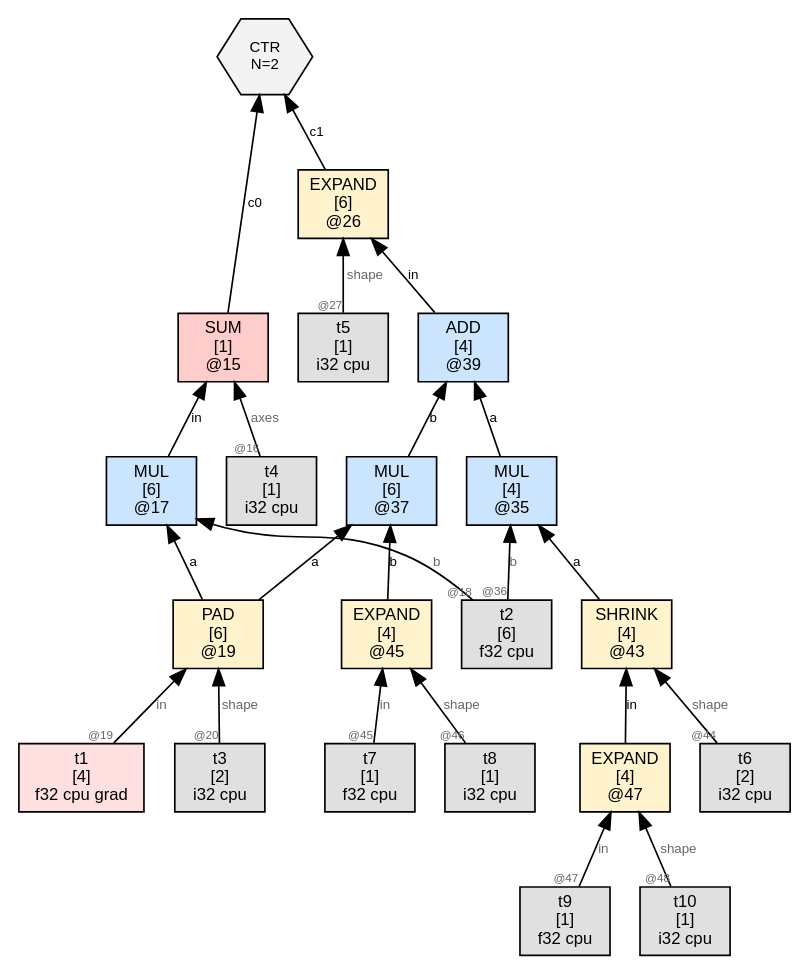
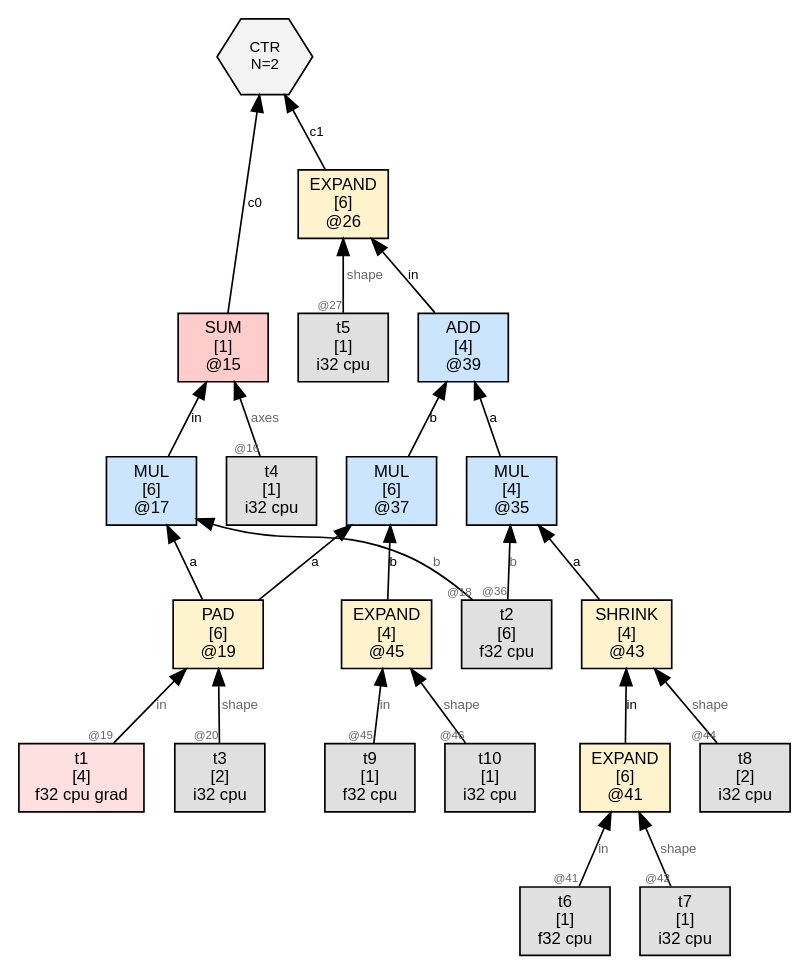
The diagram in wl/examples/thvm_graphs/grad_rules/gradu_conv_like/thvm_1_post_reduce.dot (sw1sh/TinyHVM), drawn with Graphviz before and after one commit. The commit also changed 7 other files, not shown here.

```diff
--- a/wl/examples/thvm_graphs/grad_rules/gradu_conv_like/thvm_1_post_reduce.dot
+++ b/wl/examples/thvm_graphs/grad_rules/gradu_conv_like/thvm_1_post_reduce.dot
@@ -1,49 +1,49 @@
 digraph G {
   rankdir=BT;
   node [fontname="Helvetica", fontsize=10, style=filled, shape=box, margin="0.1,0.05"];
   edge [fontsize=8, fontname="Helvetica"];
 
   n15 [label="SUM\n[1]\n@15", shape=box, fillcolor="#ffcccc"];
   n17 -> n15 [label="in"];
   t4 [label="t4\n[1]\ni32 cpu",shape=box,fillcolor="#e0e0e0"];
   t4 -> n15 [label="axes",taillabel="@16",labelfontsize=7,fontcolor="#666666"];
   n26 [label="EXPAND\n[6]\n@26", shape=box, fillcolor="#fff3cd"];
   n39 -> n26 [label="in"];
   t5 [label="t5\n[1]\ni32 cpu",shape=box,fillcolor="#e0e0e0"];
   t5 -> n26 [label="shape",taillabel="@27",labelfontsize=7,fontcolor="#666666"];
   n17 [label="MUL\n[6]\n@17", shape=box, fillcolor="#cce5ff"];
   n19 -> n17 [label="a"];
   t2 [label="t2\n[6]\nf32 cpu",shape=box,fillcolor="#e0e0e0"];
   t2 -> n17 [label="b",taillabel="@18",labelfontsize=7,fontcolor="#666666"];
   n19 [label="PAD\n[6]\n@19", shape=box, fillcolor="#fff3cd"];
   t1 [label="t1\n[4]\nf32 cpu grad",shape=box,fillcolor="#ffe0e0"];
   t1 -> n19 [label="in",taillabel="@19",labelfontsize=7,fontcolor="#666666"];
   t3 [label="t3\n[2]\ni32 cpu",shape=box,fillcolor="#e0e0e0"];
   t3 -> n19 [label="shape",taillabel="@20",labelfontsize=7,fontcolor="#666666"];
   ctr12 [label="CTR\nN=2", shape=hexagon, fillcolor="#f3f3f3", fontsize=9];
   n15 -> ctr12 [label="c0"];
   n26 -> ctr12 [label="c1"];
   n39 [label="ADD\n[4]\n@39", shape=box, fillcolor="#cce5ff"];
   n35 -> n39 [label="a"];
   n37 -> n39 [label="b"];
   n43 [label="SHRINK\n[4]\n@43", shape=box, fillcolor="#fff3cd"];
-  n47 -> n43 [label="in"];
-  t6 [label="t6\n[2]\ni32 cpu",shape=box,fillcolor="#e0e0e0"];
-  t6 -> n43 [label="shape",taillabel="@44",labelfontsize=7,fontcolor="#666666"];
+  n41 -> n43 [label="in"];
+  t8 [label="t8\n[2]\ni32 cpu",shape=box,fillcolor="#e0e0e0"];
+  t8 -> n43 [label="shape",taillabel="@44",labelfontsize=7,fontcolor="#666666"];
   n45 [label="EXPAND\n[4]\n@45", shape=box, fillcolor="#fff3cd"];
-  t7 [label="t7\n[1]\nf32 cpu",shape=box,fillcolor="#e0e0e0"];
-  t7 -> n45 [label="in",taillabel="@45",labelfontsize=7,fontcolor="#666666"];
-  t8 [label="t8\n[1]\ni32 cpu",shape=box,fillcolor="#e0e0e0"];
-  t8 -> n45 [label="shape",taillabel="@46",labelfontsize=7,fontcolor="#666666"];
+  t9 [label="t9\n[1]\nf32 cpu",shape=box,fillcolor="#e0e0e0"];
+  t9 -> n45 [label="in",taillabel="@45",labelfontsize=7,fontcolor="#666666"];
+  t10 [label="t10\n[1]\ni32 cpu",shape=box,fillcolor="#e0e0e0"];
+  t10 -> n45 [label="shape",taillabel="@46",labelfontsize=7,fontcolor="#666666"];
   n35 [label="MUL\n[4]\n@35", shape=box, fillcolor="#cce5ff"];
   n43 -> n35 [label="a"];
   t2 -> n35 [label="b",taillabel="@36",labelfontsize=7,fontcolor="#666666"];
   n37 [label="MUL\n[6]\n@37", shape=box, fillcolor="#cce5ff"];
   n19 -> n37 [label="a"];
   n45 -> n37 [label="b"];
-  n47 [label="EXPAND\n[4]\n@47", shape=box, fillcolor="#fff3cd"];
-  t9 [label="t9\n[1]\nf32 cpu",shape=box,fillcolor="#e0e0e0"];
-  t9 -> n47 [label="in",taillabel="@47",labelfontsize=7,fontcolor="#666666"];
-  t10 [label="t10\n[1]\ni32 cpu",shape=box,fillcolor="#e0e0e0"];
-  t10 -> n47 [label="shape",taillabel="@48",labelfontsize=7,fontcolor="#666666"];
+  n41 [label="EXPAND\n[6]\n@41", shape=box, fillcolor="#fff3cd"];
+  t6 [label="t6\n[1]\nf32 cpu",shape=box,fillcolor="#e0e0e0"];
+  t6 -> n41 [label="in",taillabel="@41",labelfontsize=7,fontcolor="#666666"];
+  t7 [label="t7\n[1]\ni32 cpu",shape=box,fillcolor="#e0e0e0"];
+  t7 -> n41 [label="shape",taillabel="@42",labelfontsize=7,fontcolor="#666666"];
 }
```
